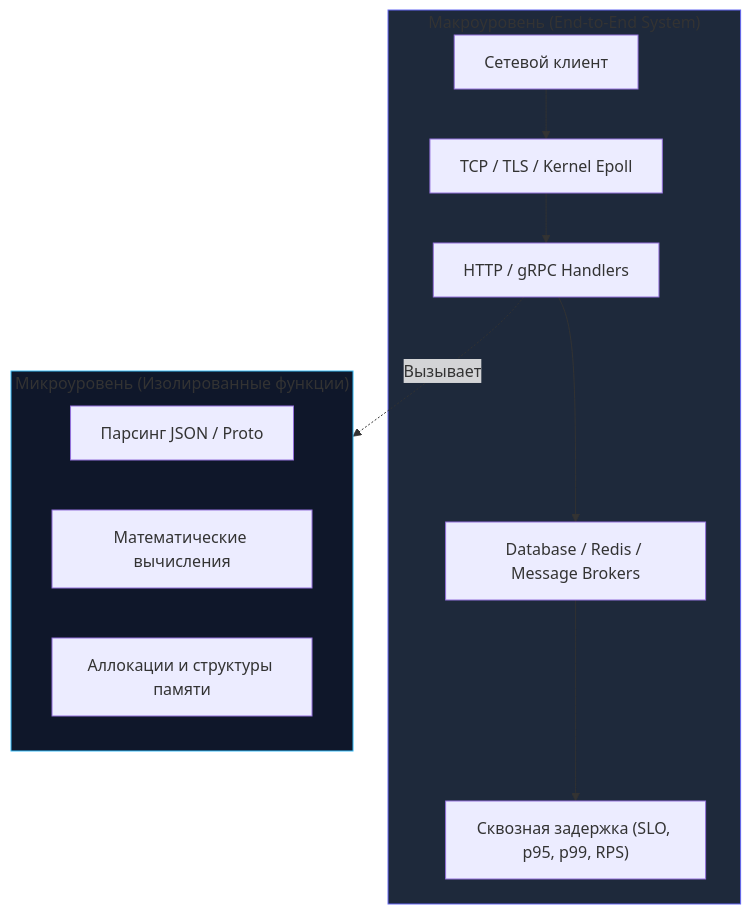
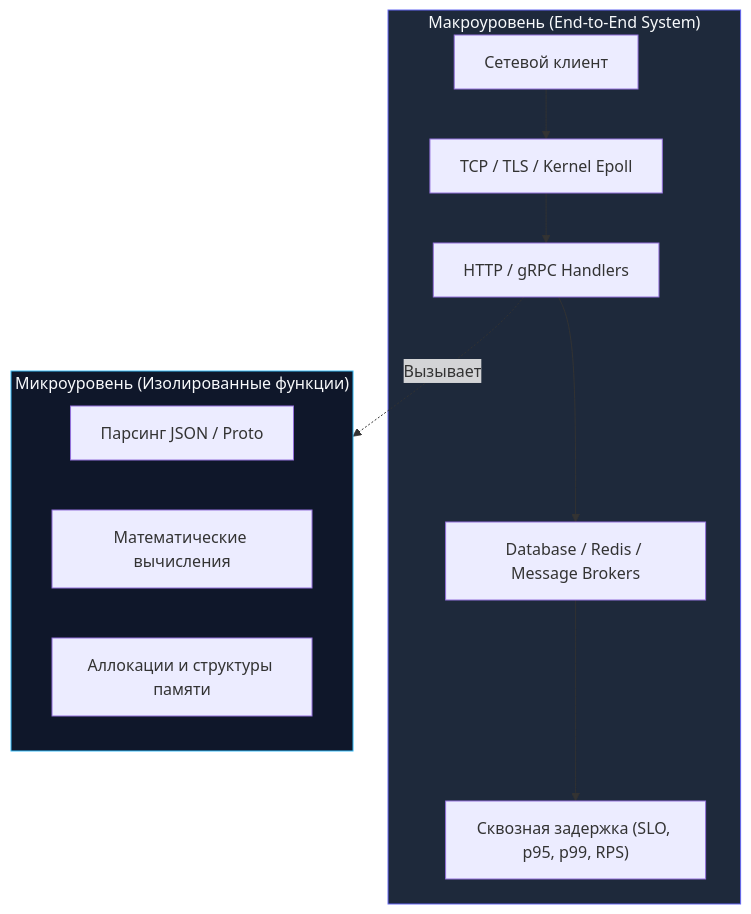
Before and after one commit to UnrealTemplier/go-textbook: the first of 2 diagrams in sources/16. Профилирование, отладка и производительность/02. Benchmarking/5. microbenchmarks vs macrobenchmarks.md, drawn with Mermaid. The commit also changed 310 other files, not shown here.

First line of the commit message:
fix(mermaid): replace light fill colors with dark palette for readability on dark theme

````diff
--- a/sources/16. Профилирование, отладка и производительность/02. Benchmarking/5. microbenchmarks vs macrobenchmarks.md
+++ b/sources/16. Профилирование, отладка и производительность/02. Benchmarking/5. microbenchmarks vs macrobenchmarks.md
@@ -18,19 +18,19 @@
 ```mermaid
 flowchart TD
     subgraph MacroLevel["Макроуровень (End-to-End System)"]
         ClientReq["Сетевой клиент"] --> Network["TCP / TLS / Kernel Epoll"]
         Network --> Handlers["HTTP / gRPC Handlers"]
         Handlers --> DB["Database / Redis / Message Brokers"]
         DB --> ClientResp["Сквозная задержка (SLO, p95, p99, RPS)"]
     end
 
     subgraph MicroLevel["Микроуровень (Изолированные функции)"]
         Parser["Парсинг JSON / Proto"]
         Math["Математические вычисления"]
         Mem["Аллокации и структуры памяти"]
     end
 
     Handlers -.->|"Вызывает"| MicroLevel
-    style MacroLevel fill:#1e293b,stroke:#6366f1
-    style MicroLevel fill:#0f172a,stroke:#38bdf8
+    style MacroLevel fill:#1e293b,stroke:#6366f1,color:#f8fafc
+    style MicroLevel fill:#0f172a,stroke:#38bdf8,color:#f8fafc
 ```
````
